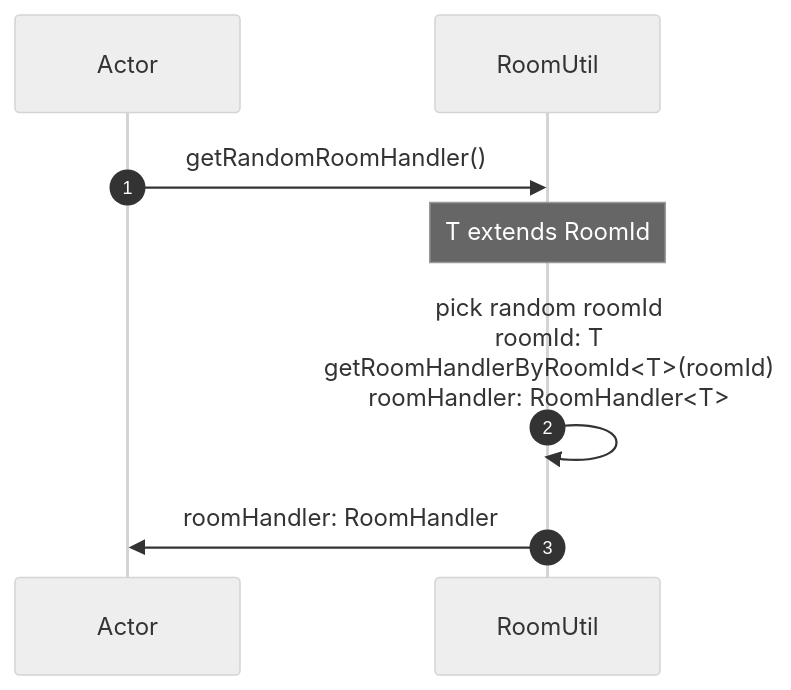
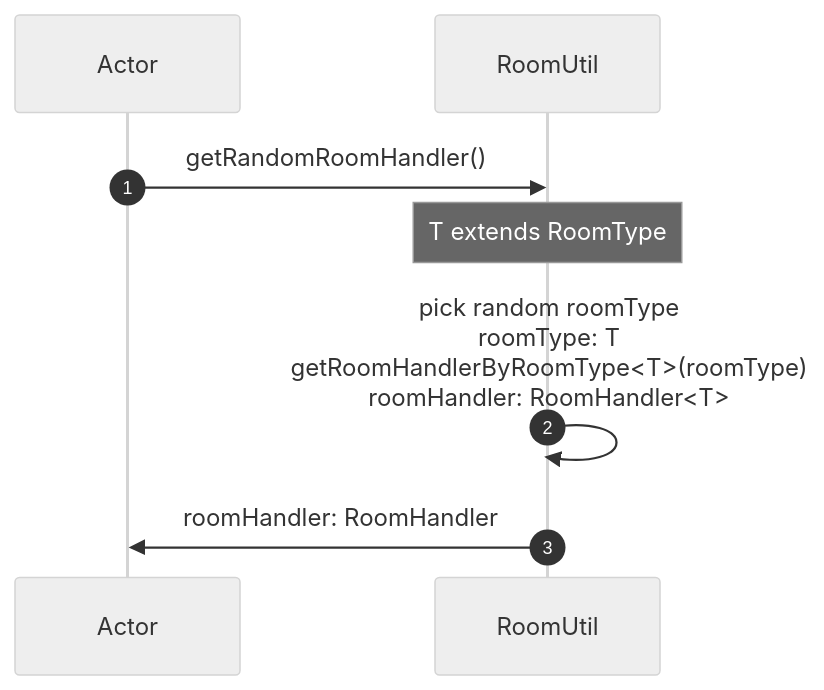
One commit to normal-devs/klicker-knight changed the first of 4 diagrams in docs/architecture/roomUtil.md. Above: the diagram before and after it, drawn with Mermaid (neutral theme). The commit also changed other lines of this file and 8 other files, not shown here.

First line of the commit message:
Replace roomId with roomType

````diff
--- a/docs/architecture/roomUtil.md
+++ b/docs/architecture/roomUtil.md
@@ -11,12 +11,12 @@
 ```mermaid
 sequenceDiagram
   autonumber
 
   participant A as Actor
   participant RU as RoomUtil
 
   A ->> RU: getRandomRoomHandler()
-  note over RU: T extends RoomId
-  RU ->> RU: pick random roomId <br> roomId: T <br> getRoomHandlerByRoomId<T>(roomId) <br> roomHandler: RoomHandler<T>
+  note over RU: T extends RoomType
+  RU ->> RU: pick random roomType <br> roomType: T <br> getRoomHandlerByRoomType<T>(roomType) <br> roomHandler: RoomHandler<T>
   RU ->> A: roomHandler: RoomHandler
 ```
````
